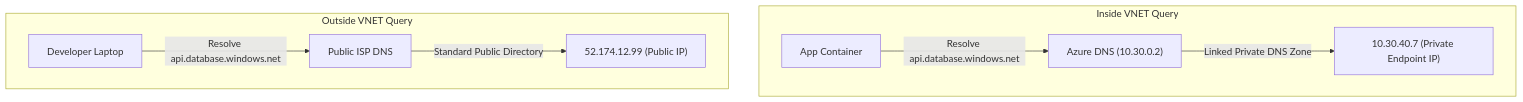
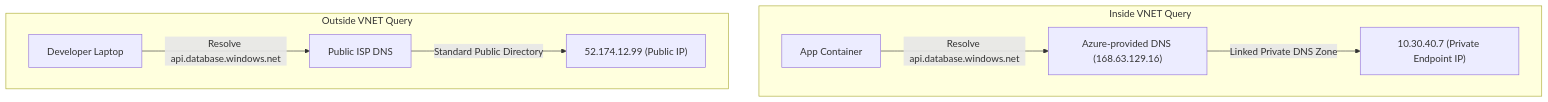
The second of 2 diagrams in cloud-providers/azure/networking-connectivity/private-connectivity.md (senlinyy/dev-roadmaps), drawn with Mermaid before and after one commit. The commit also changed other lines of this file and 530 other files, not shown here.

````diff
--- a/cloud-providers/azure/networking-connectivity/private-connectivity.md
+++ b/cloud-providers/azure/networking-connectivity/private-connectivity.md
@@ -93,12 +97,12 @@
 ```mermaid
 flowchart TD
     subgraph Inside VNET Query
-        App["App Container"] --> |Resolve api.database.windows.net| VnetDNS["Azure DNS (10.30.0.2)"]
+        App["App Container"] --> |Resolve api.database.windows.net| VnetDNS["Azure-provided DNS (168.63.129.16)"]
         VnetDNS --> |Linked Private DNS Zone| PE_IP["10.30.40.7 (Private Endpoint IP)"]
     end
 
     subgraph Outside VNET Query
         Laptop["Developer Laptop"] --> |Resolve api.database.windows.net| PublicDNS["Public ISP DNS"]
         PublicDNS --> |Standard Public Directory| PublicIP["52.174.12.99 (Public IP)"]
     end
 ```
````
